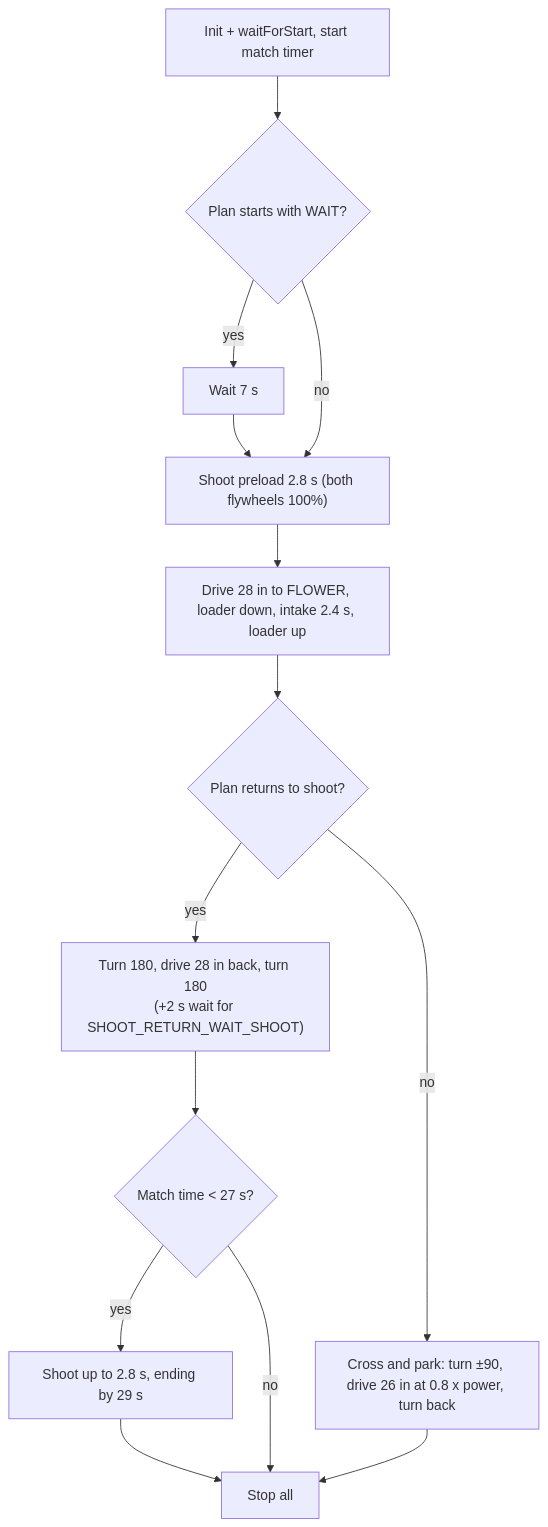
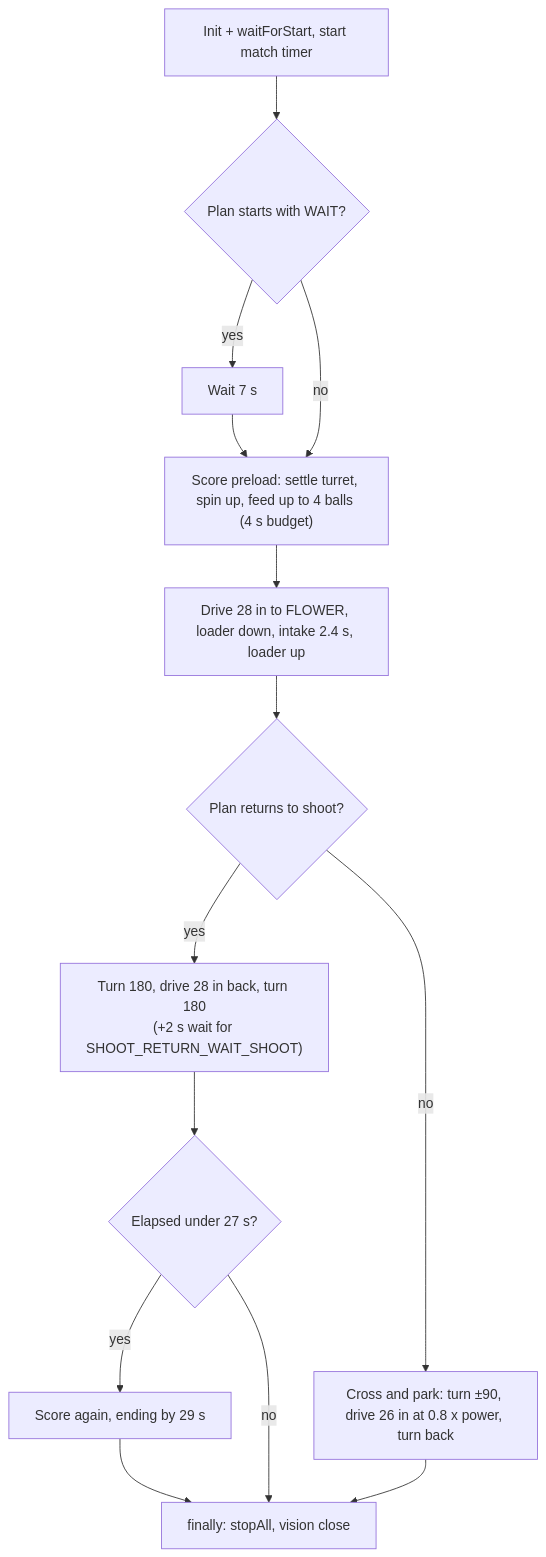
One commit to Underengineered-Toasters/FTC_-UnderEngineeredToasters27 changed the fourth of 5 diagrams in DESIGN.md. Above: the diagram before and after it, drawn with Mermaid. The commit also changed other lines of this file and 13 other files, not shown here.

````diff
--- a/DESIGN.md
+++ b/DESIGN.md
@@ -182,12 +195,12 @@
 ```mermaid
 flowchart TD
     I["Init + waitForStart, start match timer"] --> W{"Plan starts with WAIT?"}
     W -- yes --> WS["Wait 7 s"] --> SH
-    W -- no --> SH["Shoot preload 2.8 s (both flywheels 100%)"]
+    W -- no --> SH["Score preload: settle turret, spin up, feed up to 4 balls (4 s budget)"]
     SH --> FL["Drive 28 in to FLOWER, loader down, intake 2.4 s, loader up"]
     FL --> R{"Plan returns to shoot?"}
-    R -- yes --> RT["Turn 180, drive 28 in back, turn 180<br/>(+2 s wait for SHOOT_RETURN_WAIT_SHOOT)"] --> S2{"Match time < 27 s?"}
-    S2 -- yes --> SH2["Shoot up to 2.8 s, ending by 29 s"] --> END
+    R -- yes --> RT["Turn 180, drive 28 in back, turn 180<br/>(+2 s wait for SHOOT_RETURN_WAIT_SHOOT)"] --> S2{"Elapsed under 27 s?"}
+    S2 -- yes --> SH2["Score again, ending by 29 s"] --> END
     S2 -- no --> END
-    R -- no --> CP["Cross and park: turn ±90, drive 26 in at 0.8 x power, turn back"] --> END["Stop all"]
+    R -- no --> CP["Cross and park: turn ±90, drive 26 in at 0.8 x power, turn back"] --> END["finally: stopAll, vision close"]
 ```
````
